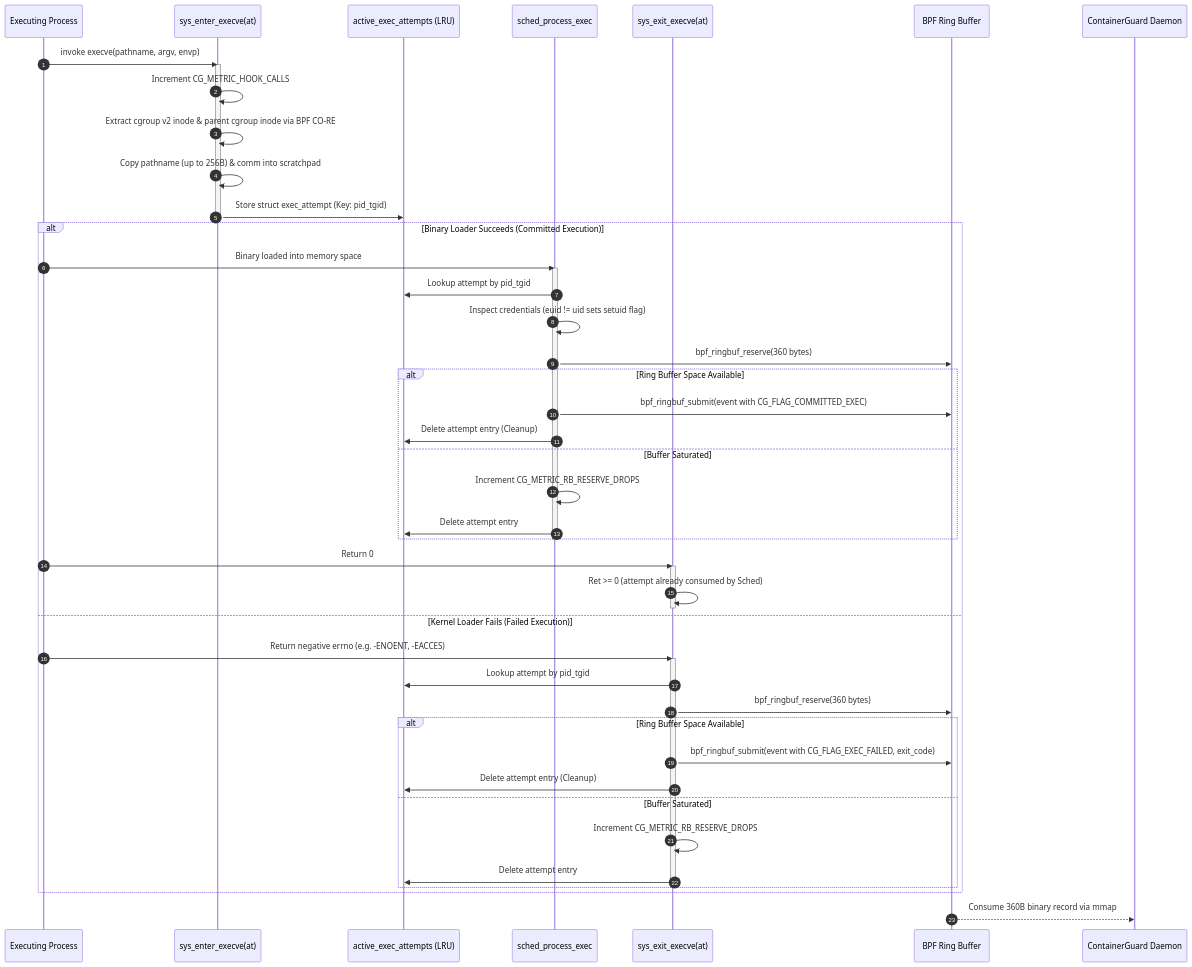
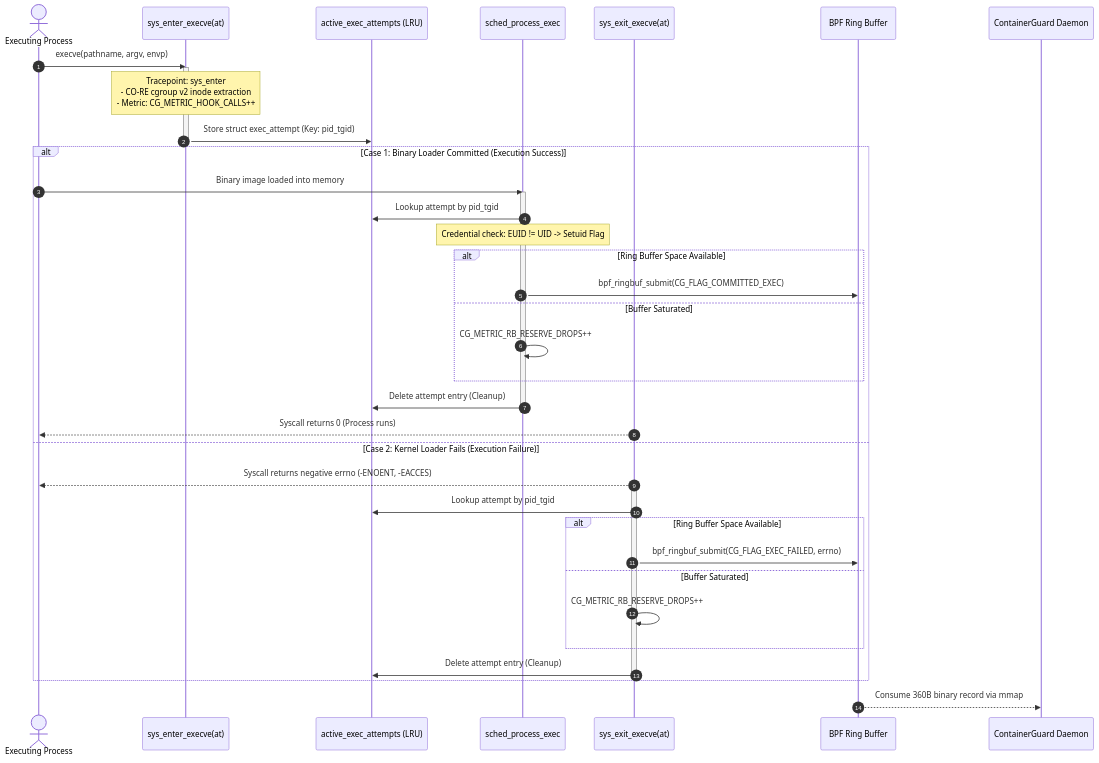
One commit to ramKarthik57/containerguard changed the third of 7 diagrams in README.md. Above: the diagram before and after it, drawn with Mermaid. The commit also changed other lines of this file and 4 other files, not shown here.

First line of the commit message:
docs(diagrams): overhaul and perfect all mermaid architectural diagrams

````diff
--- a/README.md
+++ b/README.md
@@ -178,54 +211,46 @@
 ```mermaid
 sequenceDiagram
     autonumber
-    participant App as Executing Process
+    actor App as Executing Process
     participant Enter as sys_enter_execve(at)
     participant Map as active_exec_attempts (LRU)
     participant Sched as sched_process_exec
     participant Exit as sys_exit_execve(at)
     participant RB as BPF Ring Buffer
     participant Daemon as ContainerGuard Daemon
 
-    App->>Enter: invoke execve(pathname, argv, envp)
+    App->>Enter: execve(pathname, argv, envp)
     activate Enter
-    Enter->>Enter: Increment CG_METRIC_HOOK_CALLS
-    Enter->>Enter: Extract cgroup v2 inode & parent cgroup inode via BPF CO-RE
-    Enter->>Enter: Copy pathname (up to 256B) & comm into scratchpad
+    Note over Enter: Tracepoint: sys_enter<br/>- CO-RE cgroup v2 inode extraction<br/>- Metric: CG_METRIC_HOOK_CALLS++
     Enter->>Map: Store struct exec_attempt (Key: pid_tgid)
     deactivate Enter
 
-    alt Binary Loader Succeeds (Committed Execution)
-        App->>Sched: Binary loaded into memory space
+    alt Case 1: Binary Loader Committed (Execution Success)
+        App->>Sched: Binary image loaded into memory
         activate Sched
         Sched->>Map: Lookup attempt by pid_tgid
-        Sched->>Sched: Inspect credentials (euid != uid sets setuid flag)
-        Sched->>RB: bpf_ringbuf_reserve(360 bytes)
+        Note over Sched: Credential check: EUID != UID -> Setuid Flag
         alt Ring Buffer Space Available
-            Sched->>RB: bpf_ringbuf_submit(event with CG_FLAG_COMMITTED_EXEC)
-            Sched->>Map: Delete attempt entry (Cleanup)
+            Sched->>RB: bpf_ringbuf_submit(CG_FLAG_COMMITTED_EXEC)
         else Buffer Saturated
-            Sched->>Sched: Increment CG_METRIC_RB_RESERVE_DROPS
-            Sched->>Map: Delete attempt entry
+            Sched->>Sched: CG_METRIC_RB_RESERVE_DROPS++
         end
+        Sched->>Map: Delete attempt entry (Cleanup)
         deactivate Sched
-        App->>Exit: Return 0
-        activate Exit
-        Exit->>Exit: Ret >= 0 (attempt already consumed by Sched)
-        deactivate Exit
-    else Kernel Loader Fails (Failed Execution)
-        App->>Exit: Return negative errno (e.g. -ENOENT, -EACCES)
+        Exit-->>App: Syscall returns 0 (Process runs)
+
+    else Case 2: Kernel Loader Fails (Execution Failure)
+        Exit-->>App: Syscall returns negative errno (-ENOENT, -EACCES)
         activate Exit
         Exit->>Map: Lookup attempt by pid_tgid
-        Exit->>RB: bpf_ringbuf_reserve(360 bytes)
         alt Ring Buffer Space Available
-            Exit->>RB: bpf_ringbuf_submit(event with CG_FLAG_EXEC_FAILED, exit_code)
-            Exit->>Map: Delete attempt entry (Cleanup)
+            Exit->>RB: bpf_ringbuf_submit(CG_FLAG_EXEC_FAILED, errno)
         else Buffer Saturated
-            Exit->>Exit: Increment CG_METRIC_RB_RESERVE_DROPS
-            Exit->>Map: Delete attempt entry
+            Exit->>Exit: CG_METRIC_RB_RESERVE_DROPS++
         end
+        Exit->>Map: Delete attempt entry (Cleanup)
         deactivate Exit
     end
 
     RB-->>Daemon: Consume 360B binary record via mmap
 ```
````
